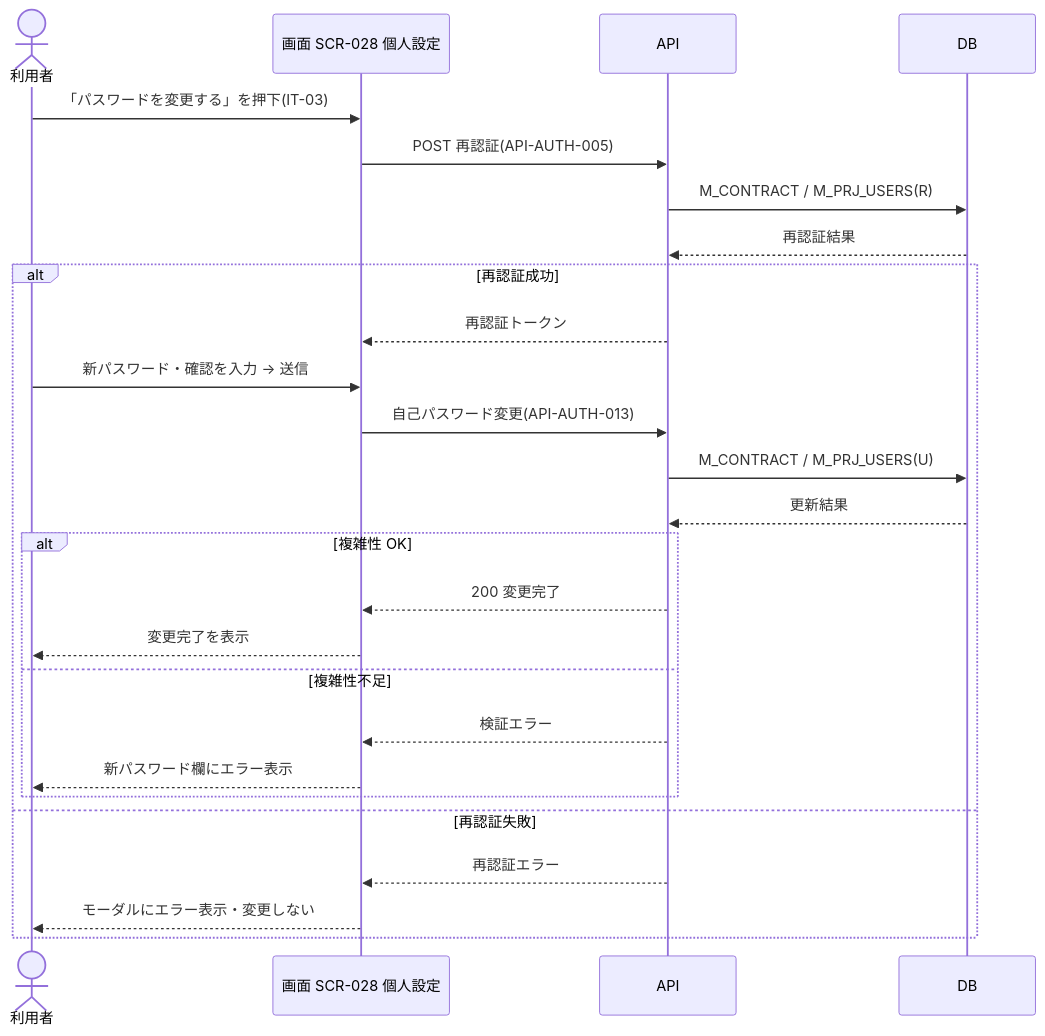
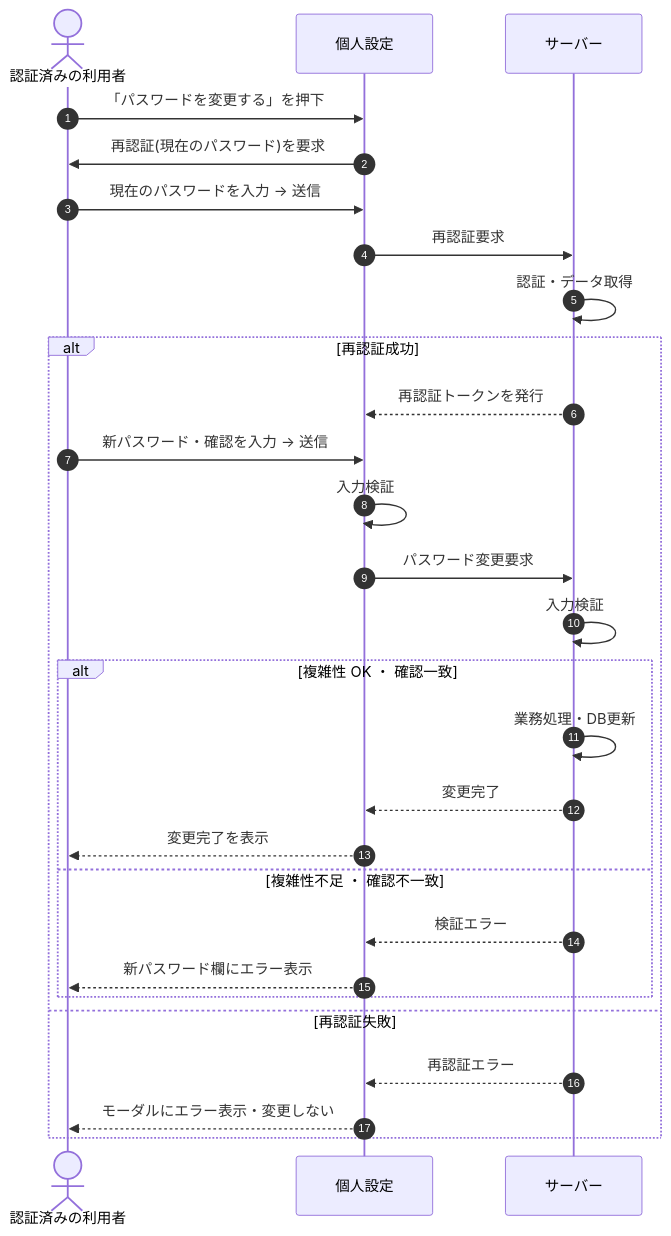
Before and after one commit to sikakou54/open-faq: the diagram in 02_basic_design/05_sequences/SEQ-072.md, drawn with Mermaid. The commit also changed other lines of this file and 108 other files, not shown here.

First line of the commit message:
基本設計: シーケンス図を基本設計粒度(ユーザー/画面/サーバー)へ再編成

````diff
--- a/02_basic_design/05_sequences/SEQ-072.md
+++ b/02_basic_design/05_sequences/SEQ-072.md
@@ -25,28 +32,30 @@
 ```mermaid
 sequenceDiagram
-  actor U as 利用者
-  participant S as 画面 SCR-028 個人設定
-  participant API as API
-  participant DB as DB
-  U->>S: 「パスワードを変更する」を押下(IT-03)
-  S->>API: POST 再認証(API-AUTH-005)
-  API->>DB: M_CONTRACT / M_PRJ_USERS(R)
-  DB-->>API: 再認証結果
+  autonumber
+  actor U as 認証済みの利用者
+  participant Screen as 個人設定
+  participant Server as サーバー
+  U->>Screen: 「パスワードを変更する」を押下
+  Screen->>U: 再認証(現在のパスワード)を要求
+  U->>Screen: 現在のパスワードを入力 → 送信
+  Screen->>Server: 再認証要求
+  Server->>Server: 認証・データ取得
   alt 再認証成功
-    API-->>S: 再認証トークン
-    U->>S: 新パスワード・確認を入力 → 送信
-    S->>API: 自己パスワード変更(API-AUTH-013)
-    API->>DB: M_CONTRACT / M_PRJ_USERS(U)
-    DB-->>API: 更新結果
-    alt 複雑性 OK
-      API-->>S: 200 変更完了
-      S-->>U: 変更完了を表示
-    else 複雑性不足
-      API-->>S: 検証エラー
-      S-->>U: 新パスワード欄にエラー表示
+    Server-->>Screen: 再認証トークンを発行
+    U->>Screen: 新パスワード・確認を入力 → 送信
+    Screen->>Screen: 入力検証
+    Screen->>Server: パスワード変更要求
+    Server->>Server: 入力検証
+    alt 複雑性 OK ・ 確認一致
+      Server->>Server: 業務処理・DB更新
+      Server-->>Screen: 変更完了
+      Screen-->>U: 変更完了を表示
+    else 複雑性不足 ・ 確認不一致
+      Server-->>Screen: 検証エラー
+      Screen-->>U: 新パスワード欄にエラー表示
     end
   else 再認証失敗
-    API-->>S: 再認証エラー
-    S-->>U: モーダルにエラー表示・変更しない
+    Server-->>Screen: 再認証エラー
+    Screen-->>U: モーダルにエラー表示・変更しない
   end
 ```
````
